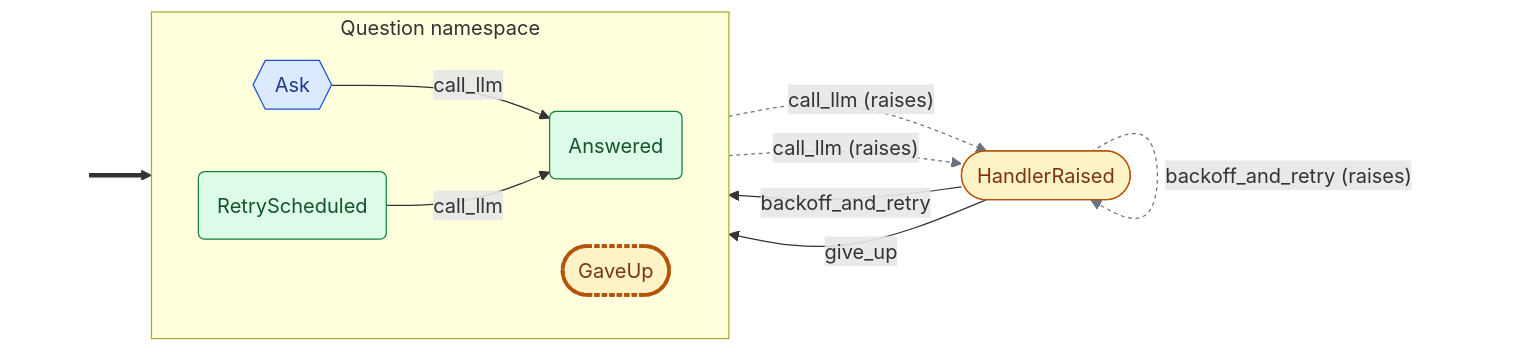
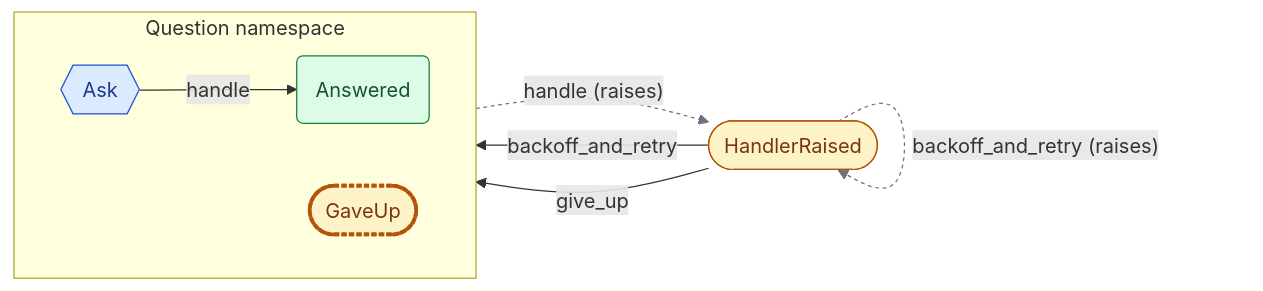
The second of 2 diagrams in examples/error_recovery.graph.md (cadance-io/langgraph-events), drawn with Mermaid before and after one commit. The commit also changed other lines of this file and 29 other files, not shown here.

````diff
--- a/examples/error_recovery.graph.md
+++ b/examples/error_recovery.graph.md
@@ -44,27 +44,23 @@
 ```mermaid
 graph LR
     classDef entry fill:none,stroke:none,color:none
     classDef cmd fill:#dbeafe,stroke:#1d4ed8,color:#1e3a8a
     classDef devt fill:#dcfce7,stroke:#15803d,color:#14532d
     classDef intg fill:#ede9fe,stroke:#6d28d9,color:#4c1d95
     classDef syst fill:#fef3c7,stroke:#b45309,color:#78350f
     classDef halt fill:#fef3c7,stroke:#b45309,color:#78350f,stroke-width:3px,stroke-dasharray:4 2
     classDef inv fill:#ffedd5,stroke:#c2410c,color:#7c2d12
     subgraph Question["Question namespace"]
         direction LR
         Answered(Answered):::devt
         Ask{{Ask}}:::cmd
         GaveUp([GaveUp]):::halt
-        RetryScheduled(RetryScheduled):::devt
     end
     HandlerRaised([HandlerRaised]):::syst
-    _e0_[ ]:::entry ==> Ask
-    Ask -.->|"call_llm (raises)"| HandlerRaised
-    RetryScheduled -.->|"call_llm (raises)"| HandlerRaised
-    Ask -->|call_llm| Answered
-    RetryScheduled -->|call_llm| Answered
+    Ask -.->|"handle (raises)"| HandlerRaised
+    Ask -->|handle| Answered
     HandlerRaised -.->|"backoff_and_retry (raises)"| HandlerRaised
-    HandlerRaised -->|backoff_and_retry| RetryScheduled
+    HandlerRaised -->|backoff_and_retry| Ask
     HandlerRaised -->|give_up| GaveUp
-    linkStyle 1,2,5 stroke:#6b7280,stroke-dasharray:3 3
+    linkStyle 0,2 stroke:#6b7280,stroke-dasharray:3 3
 ```
````
